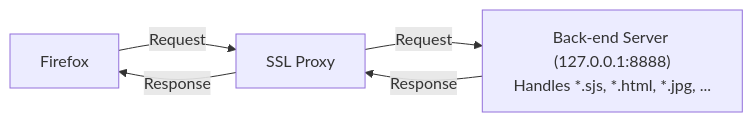
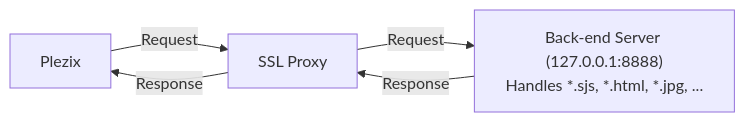
The first of 2 diagrams in netwerk/docs/mochitest_with_http3.md (yoncola1/Plezix), drawn with Mermaid before and after one commit. The commit also changed other lines of this file and 57780 other files, not shown here.

````diff
--- a/netwerk/docs/mochitest_with_http3.md
+++ b/netwerk/docs/mochitest_with_http3.md
@@ -10,7 +10,7 @@
 ```{mermaid}
 graph LR
-    A[Firefox] -->|Request| B[SSL Proxy]
+    A[Plezix] -->|Request| B[SSL Proxy]
     B -->|Request| C["Back-end Server (127.0.0.1:8888)<br/>Handles *.sjs, *.html, *.jpg, ..."]
     C -->|Response| B
     B -->|Response| A
 ```
````
